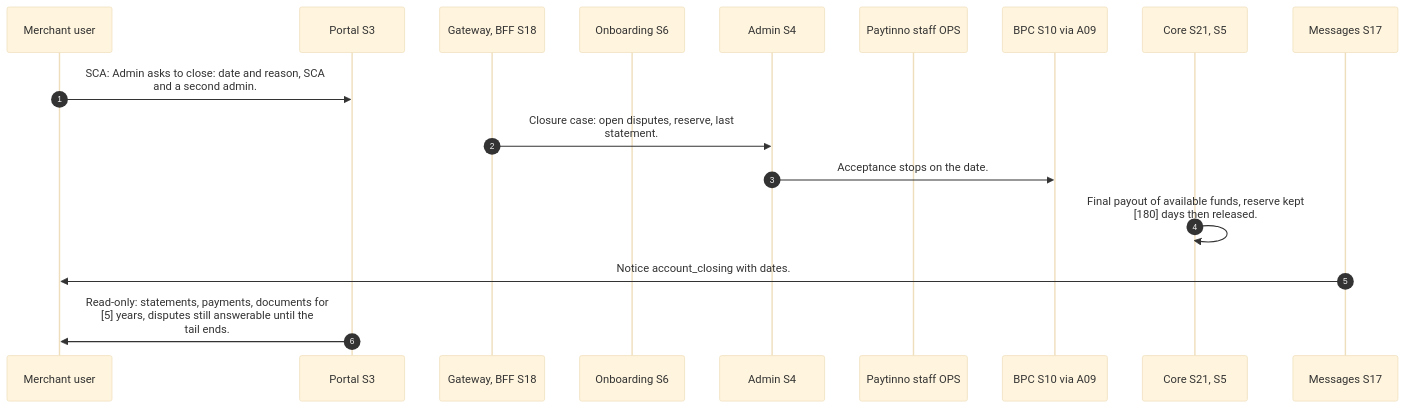
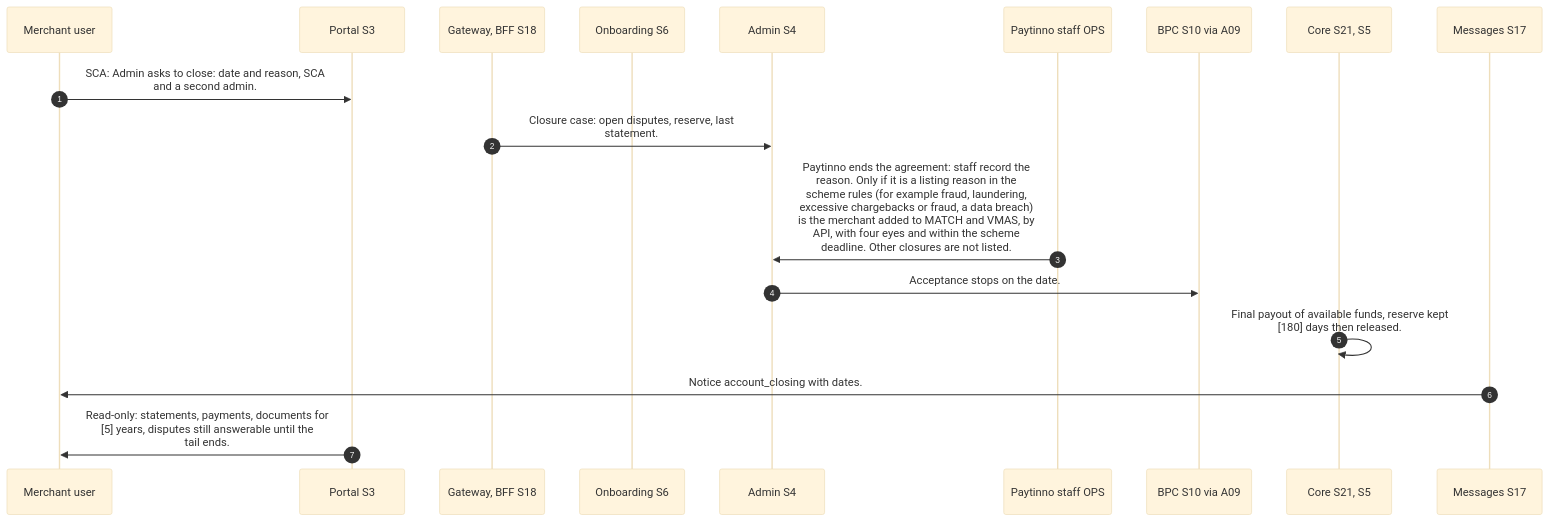
One commit to paytinno/merchant-portal-workflows changed the first of 2 diagrams in docs/workflows/MP-27-close-the-account.md. Above: the diagram before and after it, drawn with Mermaid (base theme). The commit also changed other lines of this file and 9 other files, not shown here.

First line of the commit message:
MATCH and VMAS decisions; open CTO questions on set-up

````diff
--- a/docs/workflows/MP-27-close-the-account.md
+++ b/docs/workflows/MP-27-close-the-account.md
@@ -22,19 +22,20 @@
 ```mermaid
 sequenceDiagram
   autonumber
   participant MER as Merchant user
   participant S3 as Portal S3
   participant S18 as Gateway, BFF S18
   participant S6 as Onboarding S6
   participant S4 as Admin S4
   participant OPS as Paytinno staff OPS
   participant S10 as BPC S10 via A09
   participant S21 as Core S21, S5
   participant S17 as Messages S17
   MER->>S3: SCA: Admin asks to close: date and reason, SCA<br/>and a second admin.
   S18->>S4: Closure case: open disputes, reserve, last<br/>statement.
+  OPS->>S4: Paytinno ends the agreement: staff record the<br/>reason. Only if it is a listing reason in the<br/>scheme rules (for example fraud, laundering,<br/>excessive chargebacks or fraud, a data breach)<br/>is the merchant added to MATCH and VMAS, by<br/>API, with four eyes and within the scheme<br/>deadline. Other closures are not listed.
   S4->>S10: Acceptance stops on the date.
   S21->>S21: Final payout of available funds, reserve kept<br/>[180] days then released.
   S17->>MER: Notice account_closing with dates.
   S3->>MER: Read-only: statements, payments, documents for<br/>[5] years, disputes still answerable until the<br/>tail ends.
 ```
````
